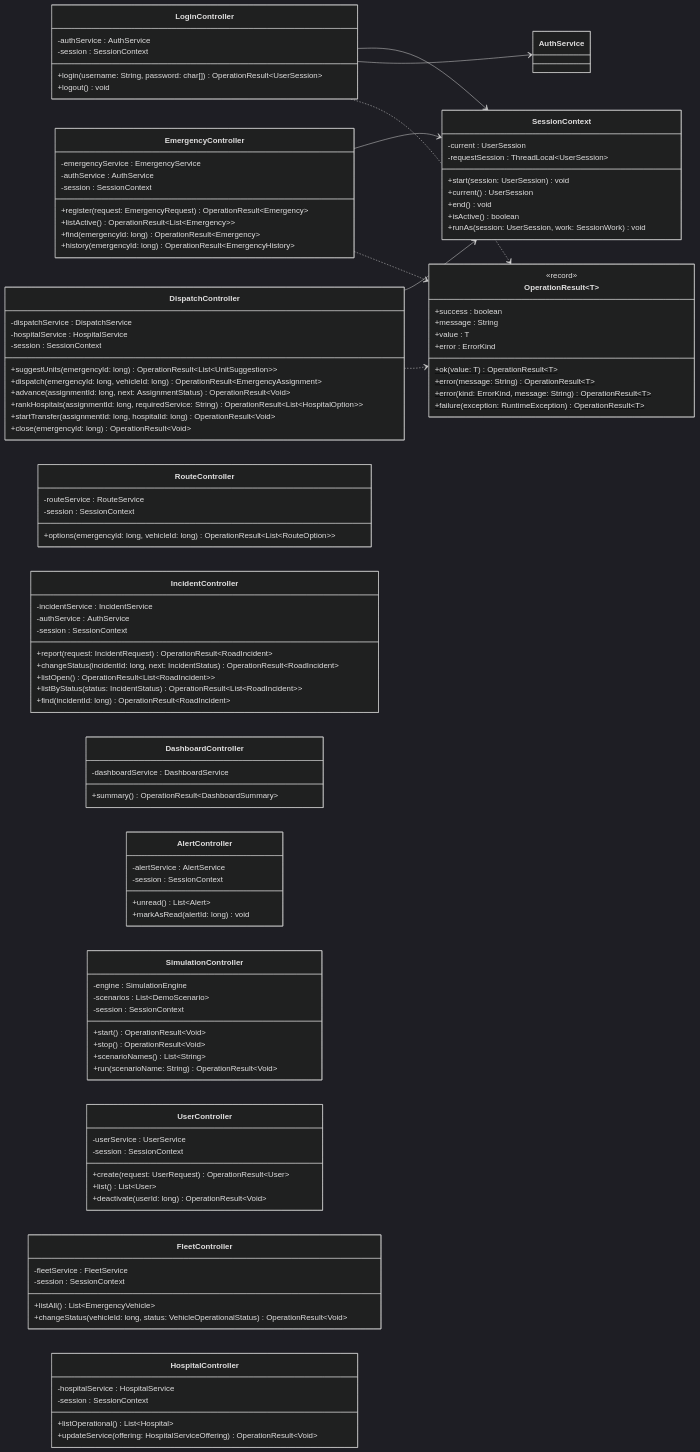
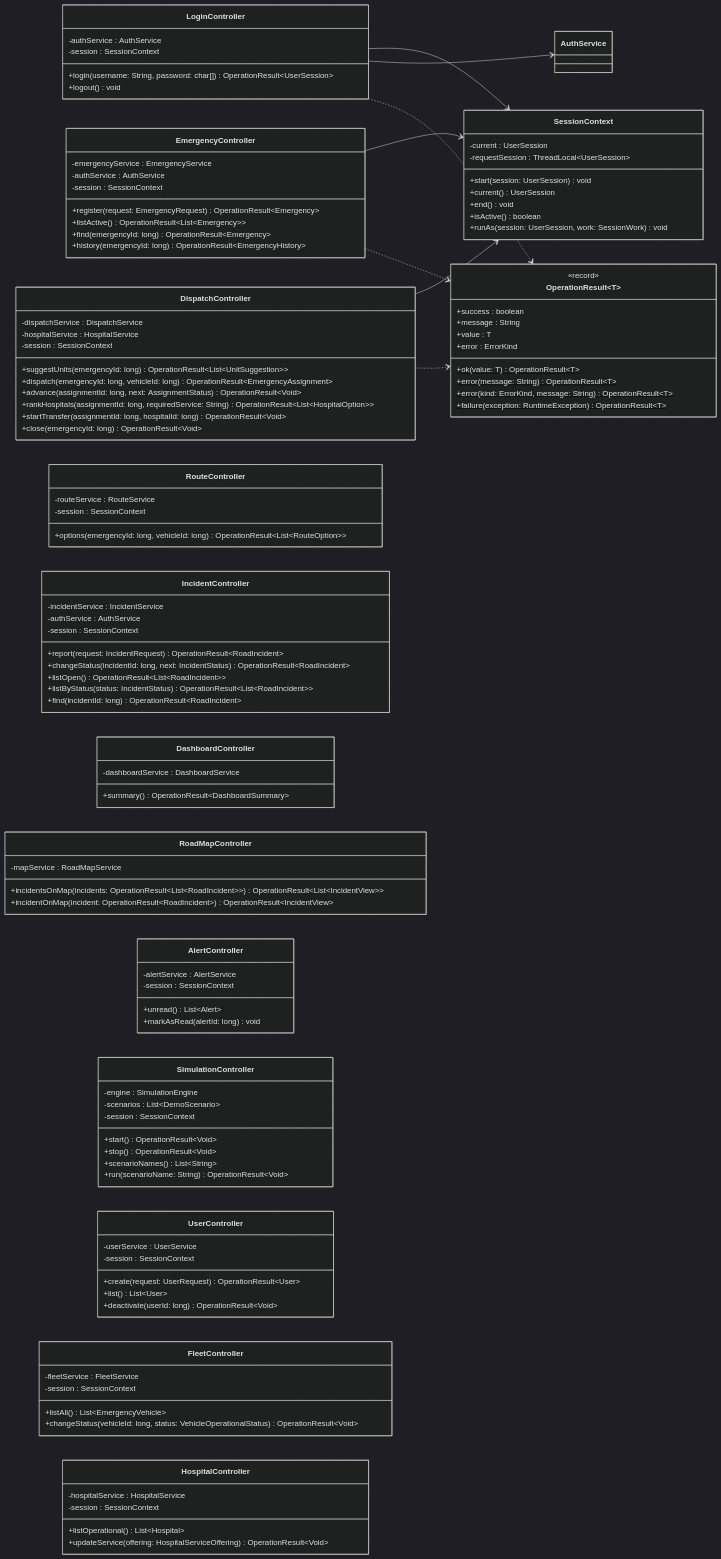
One commit to afzabaleta/RutaVida changed diagram 22 of 24 in docs/class-diagram.md. Above: the diagram before and after it, drawn with Mermaid (dark theme). The commit also changed other lines of this file and 11 other files, not shown here.

Commit message:
feature: add-road-map-views

```diff
--- a/docs/class-diagram.md
+++ b/docs/class-diagram.md
@@ -1762,6 +1802,11 @@
         -dashboardService : DashboardService
         +summary() OperationResult~DashboardSummary~
     }
+    class RoadMapController {
+        -mapService : RoadMapService
+        +incidentsOnMap(incidents: OperationResult~List~RoadIncident~~) OperationResult~List~IncidentView~~
+        +incidentOnMap(incident: OperationResult~RoadIncident~) OperationResult~IncidentView~
+    }
     class AlertController {
         -alertService : AlertService
         -session : SessionContext
```
